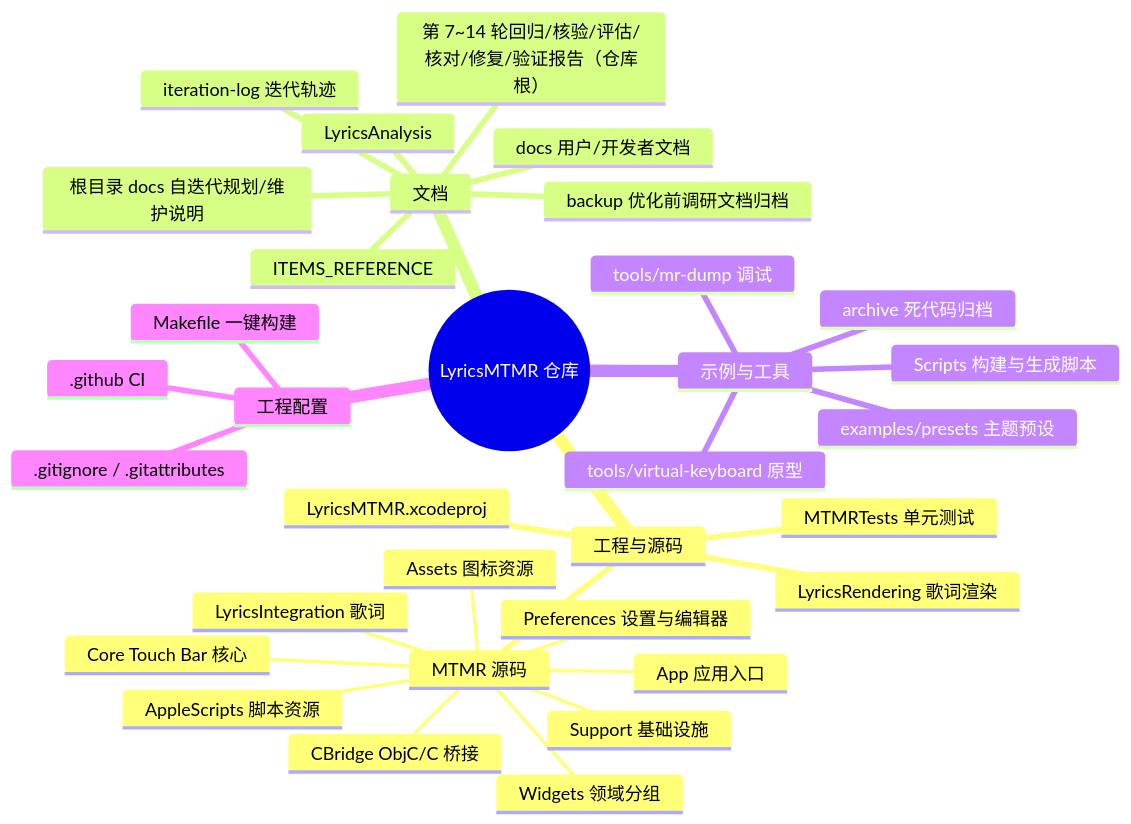
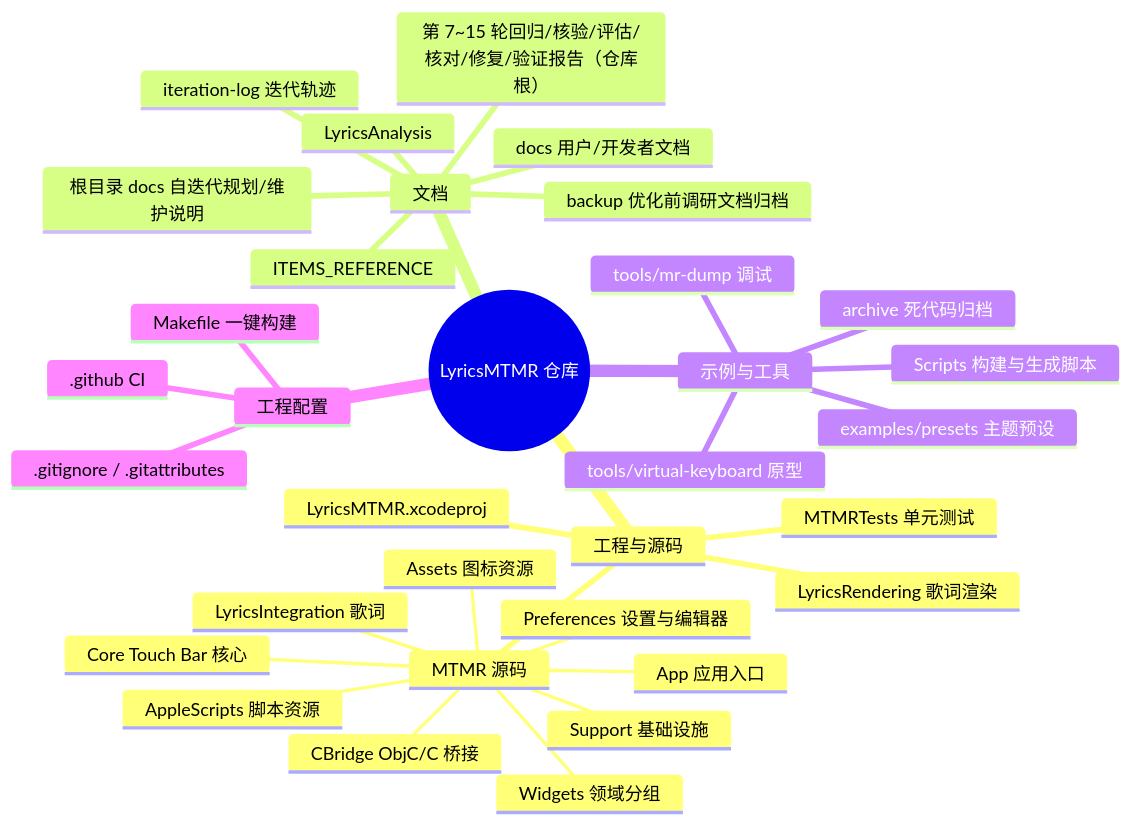
One commit to Tangzishun-Li/LyricsMTMR changed the first of 2 diagrams in LyricsMTMR/docs/file-structure.zh.md. Above: the diagram before and after it, drawn with Mermaid. The commit also changed other lines of this file and 3 other files, not shown here.

````diff
--- a/LyricsMTMR/docs/file-structure.zh.md
+++ b/LyricsMTMR/docs/file-structure.zh.md
@@ -10,36 +10,36 @@
 ```mermaid
 mindmap
   root((LyricsMTMR 仓库))
     工程与源码
       LyricsMTMR.xcodeproj
       MTMR 源码
         App 应用入口
         Core Touch Bar 核心
         Support 基础设施
         Widgets 领域分组
         Preferences 设置与编辑器
         LyricsIntegration 歌词
         CBridge ObjC/C 桥接
         AppleScripts 脚本资源
         Assets 图标资源
       LyricsRendering 歌词渲染
       MTMRTests 单元测试
     文档
       docs 用户/开发者文档
       ITEMS_REFERENCE
       LyricsAnalysis
       backup 优化前调研文档归档
       iteration-log 迭代轨迹
       根目录 docs 自迭代规划/维护说明
-      第 7~14 轮回归/核验/评估/核对/修复/验证报告（仓库根）
+      第 7~15 轮回归/核验/评估/核对/修复/验证报告（仓库根）
     示例与工具
       examples/presets 主题预设
       tools/mr-dump 调试
       tools/virtual-keyboard 原型
       Scripts 构建与生成脚本
       archive 死代码归档
     工程配置
       .github CI
       .gitignore / .gitattributes
       Makefile 一键构建
 ```
````
